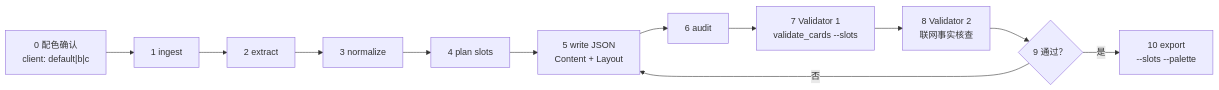
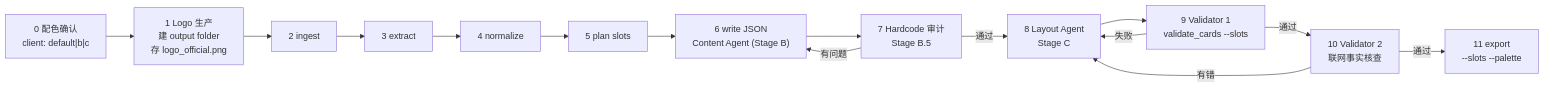
The fifth of 5 diagrams in references/workflow-flowchart.md (pppop00/equity-photo-cards-skill), drawn with Mermaid before and after one commit. The commit also changed other lines of this file and 17 other files, not shown here.

````diff
--- a/references/workflow-flowchart.md
+++ b/references/workflow-flowchart.md
@@ -112,14 +128,17 @@
 ```mermaid
 flowchart LR
-    S0["0 配色确认\nclient: default|b|c"] --> S1["1 ingest"]
-    S1 --> S2["2 extract"]
-    S2 --> S3["3 normalize"]
-    S3 --> S4["4 plan slots"]
-    S4 --> S5["5 write JSON\nContent + Layout"]
-    S5 --> S6["6 audit"]
-    S6 --> S7["7 Validator 1\nvalidate_cards --slots"]
-    S7 --> S7b["8 Validator 2\n联网事实核查"]
-    S7b --> S8{"9 通过？"}
-    S8 -->|否| S5
-    S8 -->|是| S9["10 export\n--slots --palette"]
+    S0["0 配色确认\nclient: default|b|c"] --> SA["1 Logo 生产\n建 output folder\n存 logo_official.png"]
+    SA --> S1["2 ingest"]
+    S1 --> S2["3 extract"]
+    S2 --> S3["4 normalize"]
+    S3 --> S4["5 plan slots"]
+    S4 --> S5["6 write JSON\nContent Agent (Stage B)"]
+    S5 --> S6["7 Hardcode 审计\nStage B.5"]
+    S6 -->|有问题| S5
+    S6 -->|通过| S7["8 Layout Agent\nStage C"]
+    S7 --> S8["9 Validator 1\nvalidate_cards --slots"]
+    S8 -->|失败| S7
+    S8 -->|通过| S9["10 Validator 2\n联网事实核查"]
+    S9 -->|有错| S7
+    S9 -->|通过| S10["11 export\n--slots --palette <confirmed>"]
 ```
````
